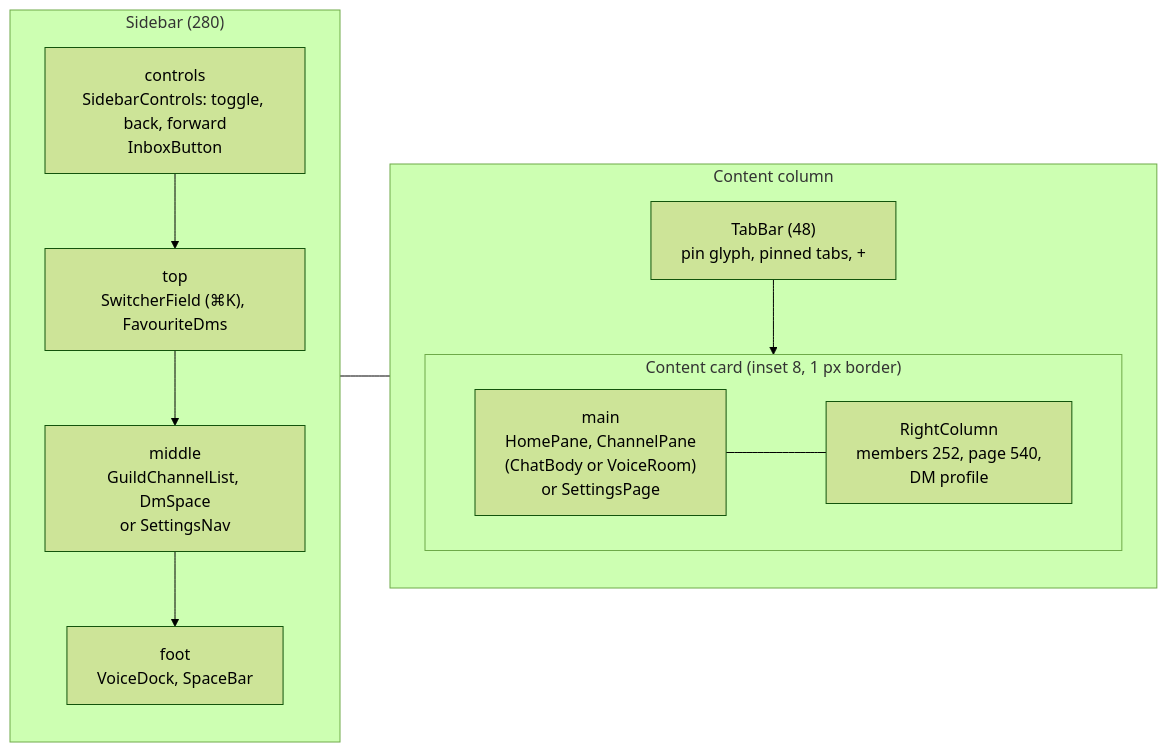
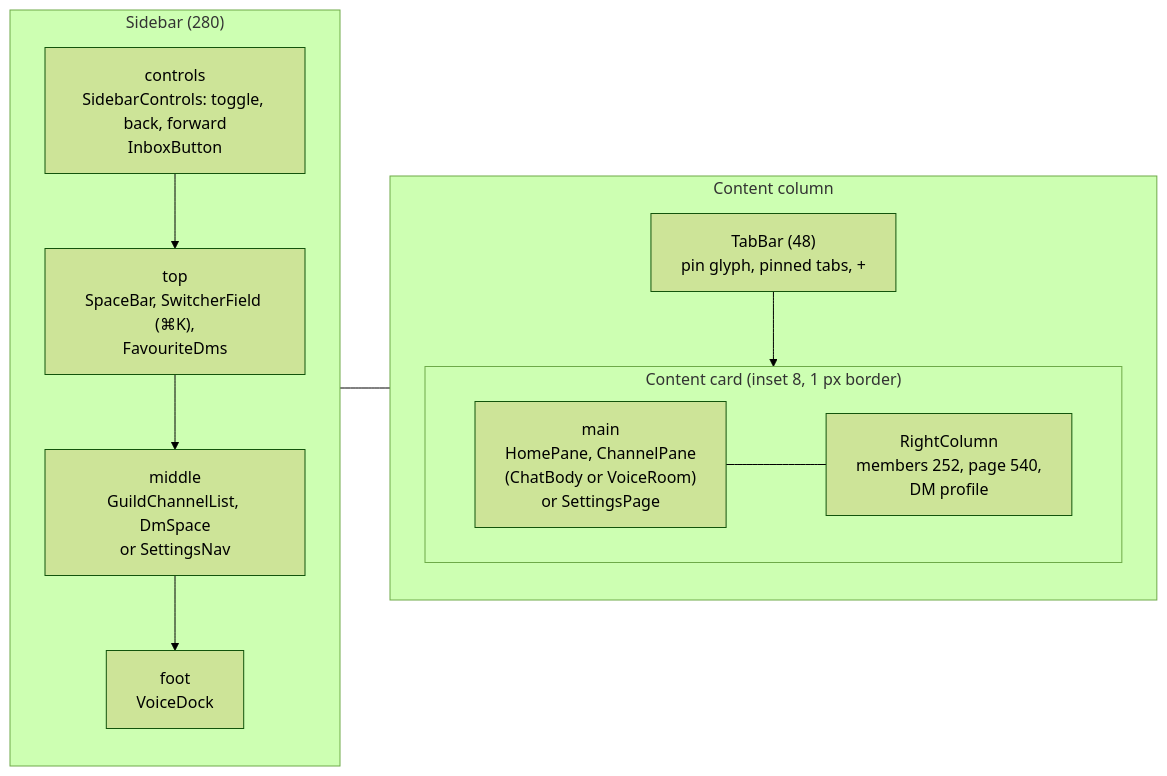
One commit to dan-hummelstad/hachiman changed the third of 7 diagrams in apps/hachiman/README.md. Above: the diagram before and after it, drawn with Mermaid (forest theme). The commit also changed other lines of this file and 13 other files, not shown here.

First line of the commit message:
feat(ui): one-line space bar at the sidebar top, expandable into a grid

````diff
--- a/apps/hachiman/README.md
+++ b/apps/hachiman/README.md
@@ -177,23 +177,23 @@
 ```mermaid
 flowchart LR
   subgraph SB["Sidebar (280)"]
     direction TB
     CTL["controls<br/>SidebarControls: toggle, back, forward<br/>InboxButton"]
-    TOP["top<br/>SwitcherField (⌘K), FavouriteDms"]
+    TOP["top<br/>SpaceBar, SwitcherField (⌘K),<br/>FavouriteDms"]
     MID["middle<br/>GuildChannelList, DmSpace<br/>or SettingsNav"]
-    FOOT["foot<br/>VoiceDock, SpaceBar"]
+    FOOT["foot<br/>VoiceDock"]
     CTL --> TOP --> MID --> FOOT
   end
   subgraph COL["Content column"]
     direction TB
     TAB["TabBar (48)<br/>pin glyph, pinned tabs, +"]
     subgraph CARD["Content card (inset 8, 1 px border)"]
       direction LR
       MAIN["main<br/>HomePane, ChannelPane<br/>(ChatBody or VoiceRoom)<br/>or SettingsPage"]
       RC["RightColumn<br/>members 252, page 540,<br/>DM profile"]
       MAIN --- RC
     end
     TAB --> CARD
   end
   SB --- COL
 ```
````
